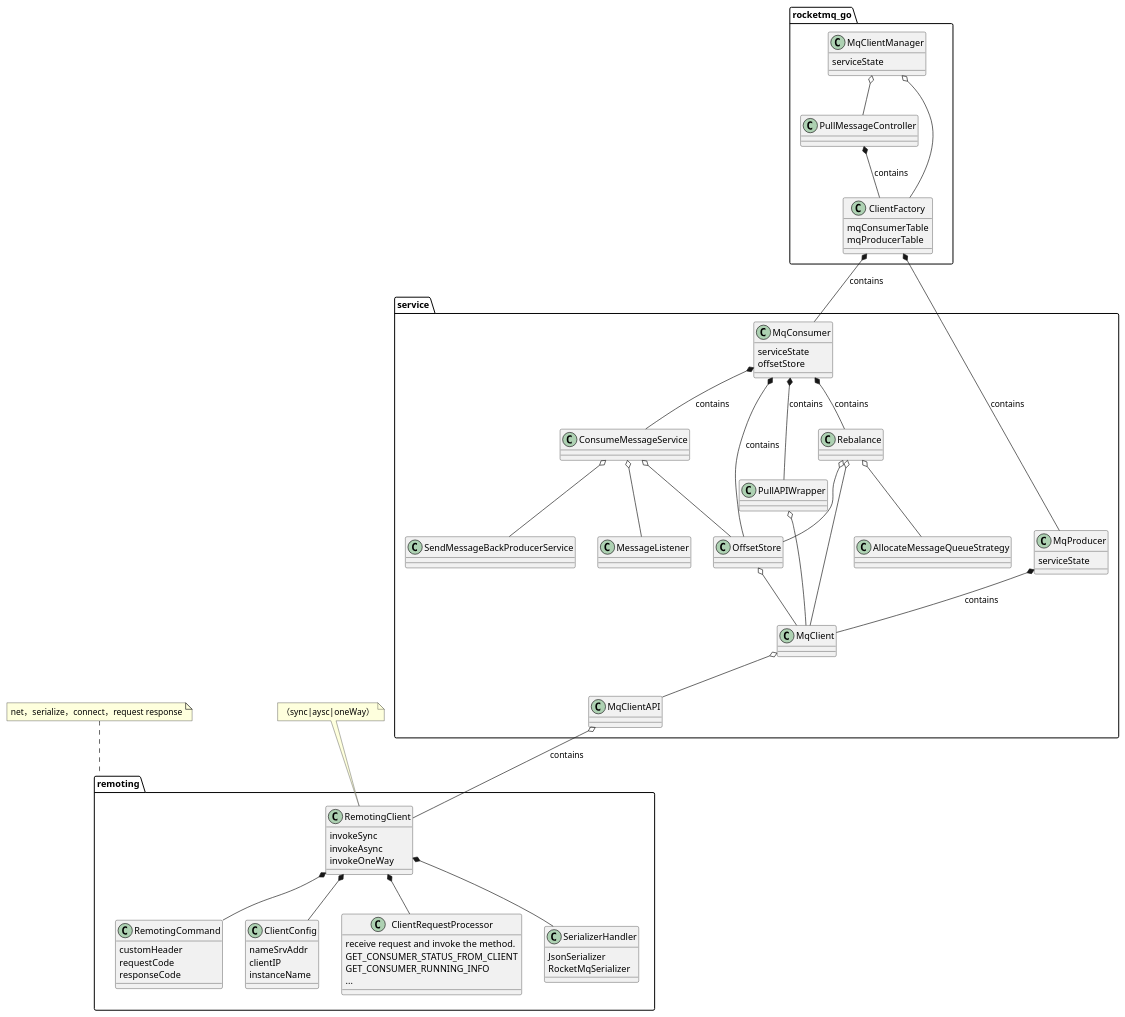
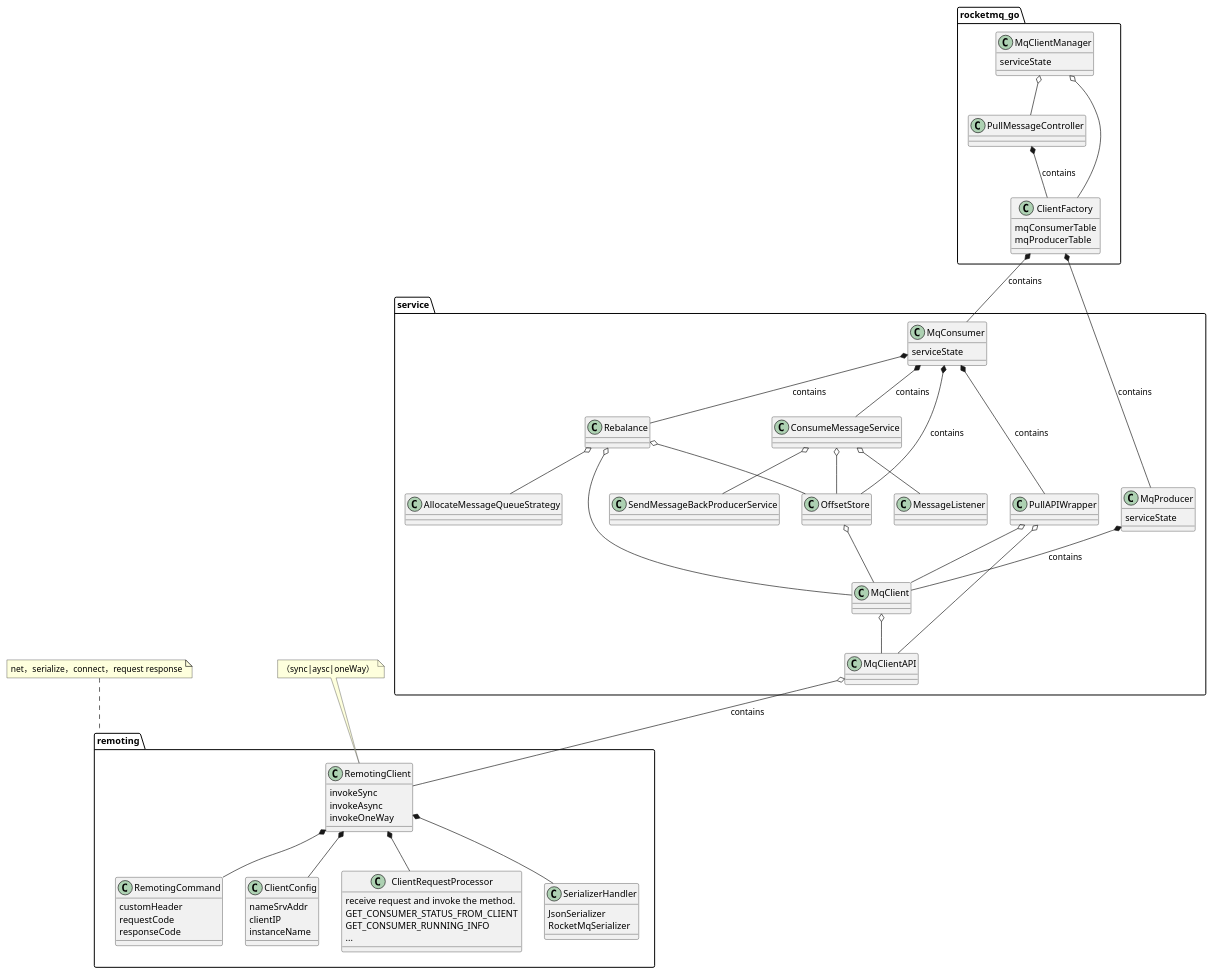
One commit to apache/rocketmq-externals changed the diagram in rocketmq-go/docs/package.puml. Above: the diagram before and after it, drawn with PlantUML. The commit also changed 1 other file, not shown here.

Commit message:
PullAPIWrapper o-- MqClientAPI

```diff
--- a/rocketmq-go/docs/package.puml
+++ b/rocketmq-go/docs/package.puml
@@ -1,100 +1,100 @@
 @startuml
 
 
 class rocketmq_go.MqClientManager{
 serviceState
 }
 class rocketmq_go.PullMessageController{
 
 }
 class service.AllocateMessageQueueStrategy{
 }
 class rocketmq_go.ClientFactory{
 mqConsumerTable
 mqProducerTable
 }
 class service.MqConsumer{
 serviceState
-offsetStore
 }
 class service.MqProducer{
 serviceState
  }
  class service.MqClient{
 
  }
  class service.MessageListener{
  }
   class remoting.RemotingClient{
    invokeSync
    invokeAsync
    invokeOneWay
   }
  class remoting.RemotingCommand{
   customHeader
   requestCode
   responseCode
  }
   class remoting.ClientConfig{
    nameSrvAddr
    clientIP
    instanceName
   }
   class remoting.ClientRequestProcessor{
      receive request and invoke the method.
      GET_CONSUMER_STATUS_FROM_CLIENT
      GET_CONSUMER_RUNNING_INFO
      ...
     }
     class remoting.SerializerHandler{
        JsonSerializer
        RocketMqSerializer
     }
 
 
 namespace service{
 
 
 rocketmq_go.PullMessageController *-- rocketmq_go.ClientFactory:contains
 rocketmq_go.ClientFactory *-- MqProducer:contains
 rocketmq_go.ClientFactory *-- MqConsumer:contains
 MqProducer *-- service.MqClient :contains
 MqConsumer *-- service.PullAPIWrapper : contains
 MqConsumer *-- service.OffsetStore : contains
 MqConsumer *-- service.Rebalance : contains
 MqConsumer *-- service.ConsumeMessageService : contains
 
 }
 
 namespace service{
     MqClientAPI o-- remoting.RemotingClient:contains
     OffsetStore o-- MqClient
     PullAPIWrapper o-- MqClient
     MqClient o-- MqClientAPI
+    PullAPIWrapper o-- MqClientAPI
     Rebalance o-- MqClient
     Rebalance o-- OffsetStore
     Rebalance o-- AllocateMessageQueueStrategy
     ConsumeMessageService o-- SendMessageBackProducerService
     ConsumeMessageService o-- OffsetStore
     ConsumeMessageService o-- MessageListener
 }
 
 namespace remoting {
   RemotingClient  *-- RemotingCommand
   RemotingClient *-- ClientConfig
     RemotingClient  *-- ClientRequestProcessor
     RemotingClient *-- SerializerHandler
 
 
 }
 
 namespace rocketmq_go{
     MqClientManager o-- PullMessageController
     MqClientManager o-- ClientFactory
 }
 
 
 note top of remoting.RemotingClient :（sync|aysc|oneWay）
 note top of remoting :net，serialize，connect，request response
 
 @enduml
```
